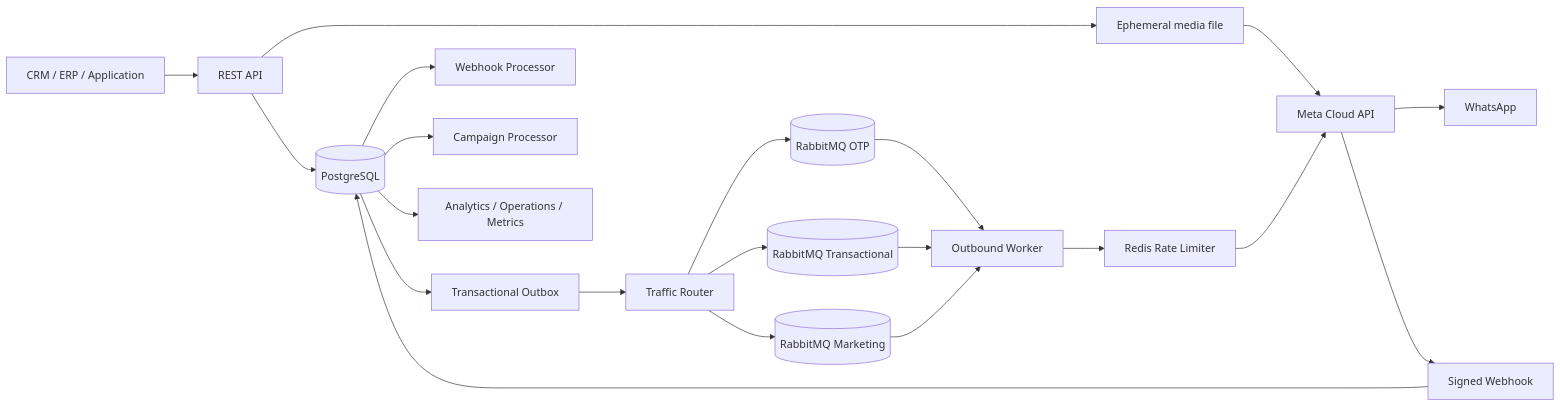
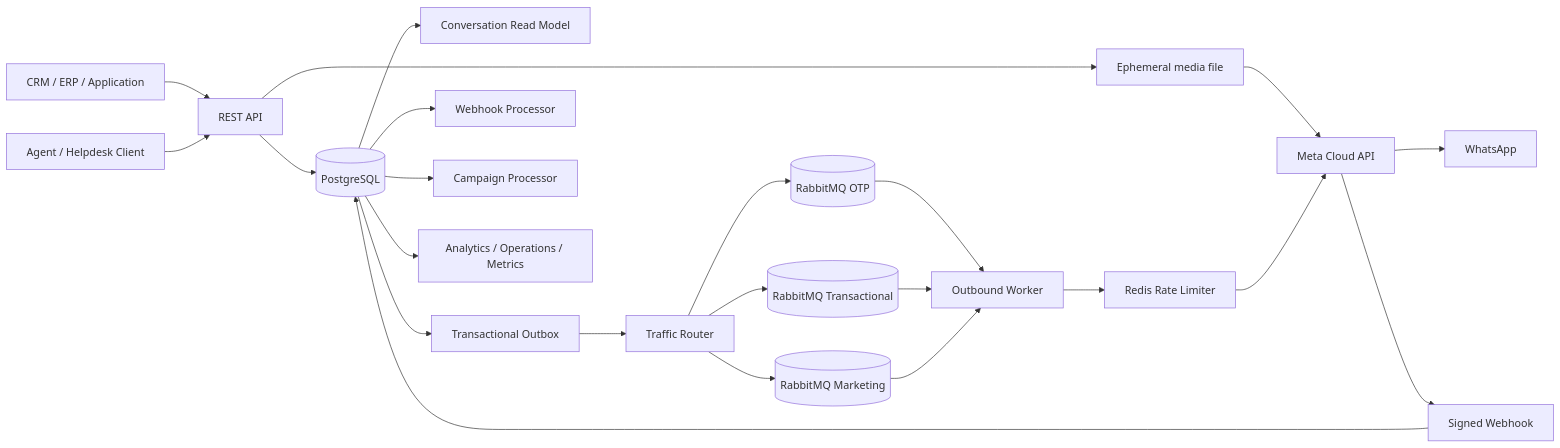
The diagram in README.md (netctc/apiWhatsApp), drawn with Mermaid before and after one commit. The commit also changed other lines of this file, not shown here.

Commit message:
docs: document agent inbox release

````diff
--- a/README.md
+++ b/README.md
@@ -41,23 +42,25 @@
 ```mermaid
 flowchart LR
     Client[CRM / ERP / Application] --> API[REST API]
+    Agent[Agent / Helpdesk Client] --> API
     API --> DB[(PostgreSQL)]
     API --> Temp[Ephemeral media file]
     Temp --> Meta[Meta Cloud API]
+    DB --> Inbox[Conversation Read Model]
     DB --> Outbox[Transactional Outbox]
     Outbox --> Router[Traffic Router]
     Router --> OTP[(RabbitMQ OTP)]
     Router --> TX[(RabbitMQ Transactional)]
     Router --> MKT[(RabbitMQ Marketing)]
     OTP --> Worker[Outbound Worker]
     TX --> Worker
     MKT --> Worker
     Worker --> Rate[Redis Rate Limiter]
     Rate --> Meta
     Meta --> WhatsApp[WhatsApp]
     Meta --> Webhook[Signed Webhook]
     Webhook --> DB
     DB --> WebhookProcessor[Webhook Processor]
     DB --> CampaignProcessor[Campaign Processor]
     DB --> Analytics[Analytics / Operations / Metrics]
 ```
````
